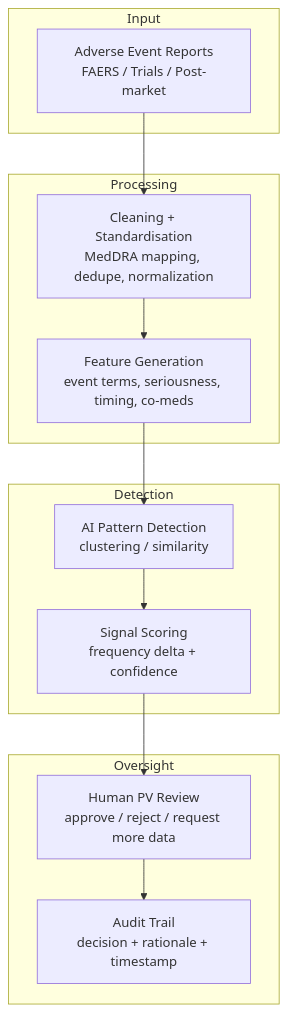
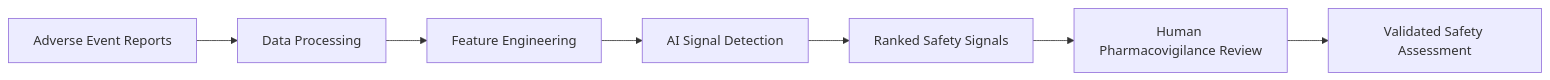
One commit to ninarden97-stack/AI-Clinical-Research-Projects changed the diagram in AI-Adverse-Event-Signal-Detector/README.md. Above: the diagram before and after it, drawn with Mermaid. The commit also changed other lines of this file, not shown here.

````diff
--- a/AI-Adverse-Event-Signal-Detector/README.md
+++ b/AI-Adverse-Event-Signal-Detector/README.md
@@ -39,23 +39,15 @@
 ```mermaid
-flowchart TB
-  subgraph Input
-    A[Adverse Event Reports<br/>FAERS / Trials / Post-market]
-  end
+flowchart LR
 
-  subgraph Processing
-    B[Cleaning + Standardisation<br/>MedDRA mapping, dedupe, normalization]
-    C[Feature Generation<br/>event terms, seriousness, timing, co-meds]
-  end
+A[Adverse Event Reports] --> B[Data Processing]
 
-  subgraph Detection
-    D[AI Pattern Detection<br/>clustering / similarity]
-    E[Signal Scoring<br/>frequency delta + confidence]
-  end
+B --> C[Feature Engineering]
 
-  subgraph Oversight
-    F[Human PV Review<br/>approve / reject / request more data]
-    G[Audit Trail<br/>decision + rationale + timestamp]
-  end
+C --> D[AI Signal Detection]
 
-  A --> B --> C --> D --> E --> F --> G
+D --> E[Ranked Safety Signals]
+
+E --> F[Human Pharmacovigilance Review]
+
+F --> G[Validated Safety Assessment]
 ```
````
